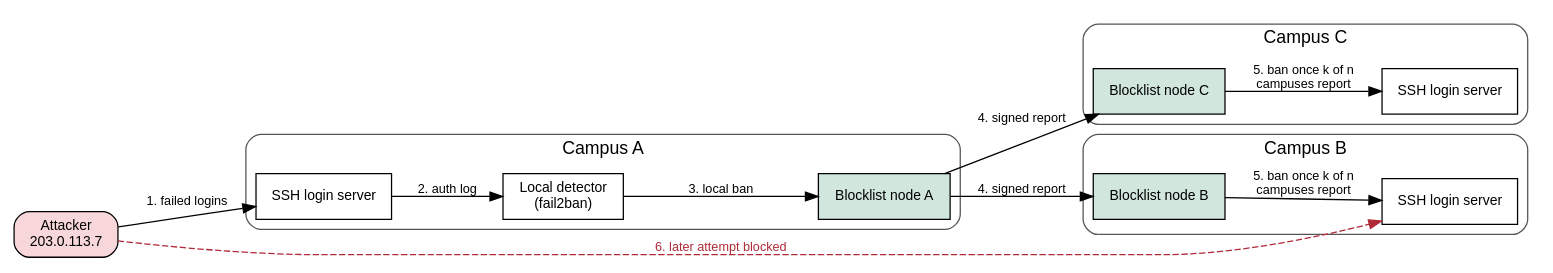
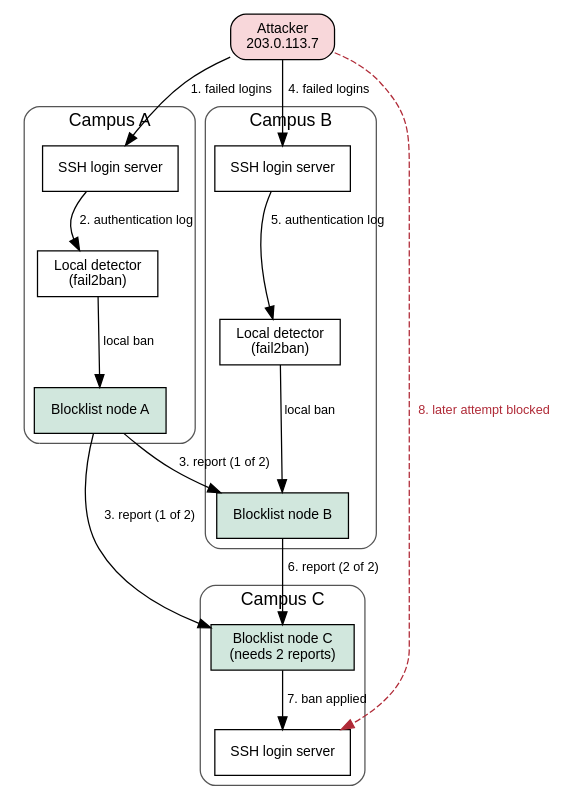
One commit to HirwaDivin1/CSC-SP1-Group-6 changed the diagram in Hirwa-Divin-Iradukunda/assets/blocklist_workflow.dot. Above: the diagram before and after it, drawn with Graphviz. The commit also changed 2 other files, not shown here.

```diff
--- a/Hirwa-Divin-Iradukunda/assets/blocklist_workflow.dot
+++ b/Hirwa-Divin-Iradukunda/assets/blocklist_workflow.dot
@@ -1,35 +1,40 @@
 // Editable source for blocklist_workflow.png
 // Render: dot -Tpng -Gdpi=150 blocklist_workflow.dot -o blocklist_workflow.png
+// Normal case with k = 2 of n = 3: C bans only after reports from A and B.
 digraph blocklist_workflow {
-  rankdir=LR;
+  rankdir=TB;
   fontname="Helvetica"; node [fontname="Helvetica", fontsize=11]; edge [fontname="Helvetica", fontsize=10];
   newrank=true;
 
   attacker [label="Attacker\n203.0.113.7", shape=box, style="rounded,filled", fillcolor="#f8d7da"];
 
   subgraph cluster_a {
     label="Campus A"; style="rounded"; color="#555555";
     sshA [label="SSH login server", shape=box];
     f2bA [label="Local detector\n(fail2ban)", shape=box];
     nodeA [label="Blocklist node A", shape=box, style="filled", fillcolor="#d1e7dd"];
   }
   subgraph cluster_b {
     label="Campus B"; style="rounded"; color="#555555";
+    sshB [label="SSH login server", shape=box];
+    f2bB [label="Local detector\n(fail2ban)", shape=box];
     nodeB [label="Blocklist node B", shape=box, style="filled", fillcolor="#d1e7dd"];
-    sshB [label="SSH login server", shape=box];
   }
   subgraph cluster_c {
     label="Campus C"; style="rounded"; color="#555555";
-    nodeC [label="Blocklist node C", shape=box, style="filled", fillcolor="#d1e7dd"];
+    nodeC [label="Blocklist node C\n(needs 2 reports)", shape=box, style="filled", fillcolor="#d1e7dd"];
     sshC [label="SSH login server", shape=box];
   }
 
   attacker -> sshA [label="1. failed logins"];
-  sshA -> f2bA [label="2. auth log"];
-  f2bA -> nodeA [label="3. local ban"];
-  nodeA -> nodeB [label="4. signed report"];
-  nodeA -> nodeC [label="4. signed report"];
-  nodeB -> sshB [label="5. ban once k of n\ncampuses report"];
-  nodeC -> sshC [label="5. ban once k of n\ncampuses report"];
-  attacker -> sshB [label="6. later attempt blocked", style=dashed, color="#b02a37", fontcolor="#b02a37"];
+  sshA -> f2bA [label="2. authentication log"];
+  f2bA -> nodeA [label="local ban"];
+  nodeA -> nodeB [label="3. report (1 of 2)"];
+  nodeA -> nodeC [label="3. report (1 of 2)"];
+  attacker -> sshB [label="4. failed logins"];
+  sshB -> f2bB [label="5. authentication log"];
+  f2bB -> nodeB [label="local ban"];
+  nodeB -> nodeC [label="6. report (2 of 2)"];
+  nodeC -> sshC [label="7. ban applied"];
+  attacker -> sshC [label="8. later attempt blocked", style=dashed, color="#b02a37", fontcolor="#b02a37"];
 }
```
